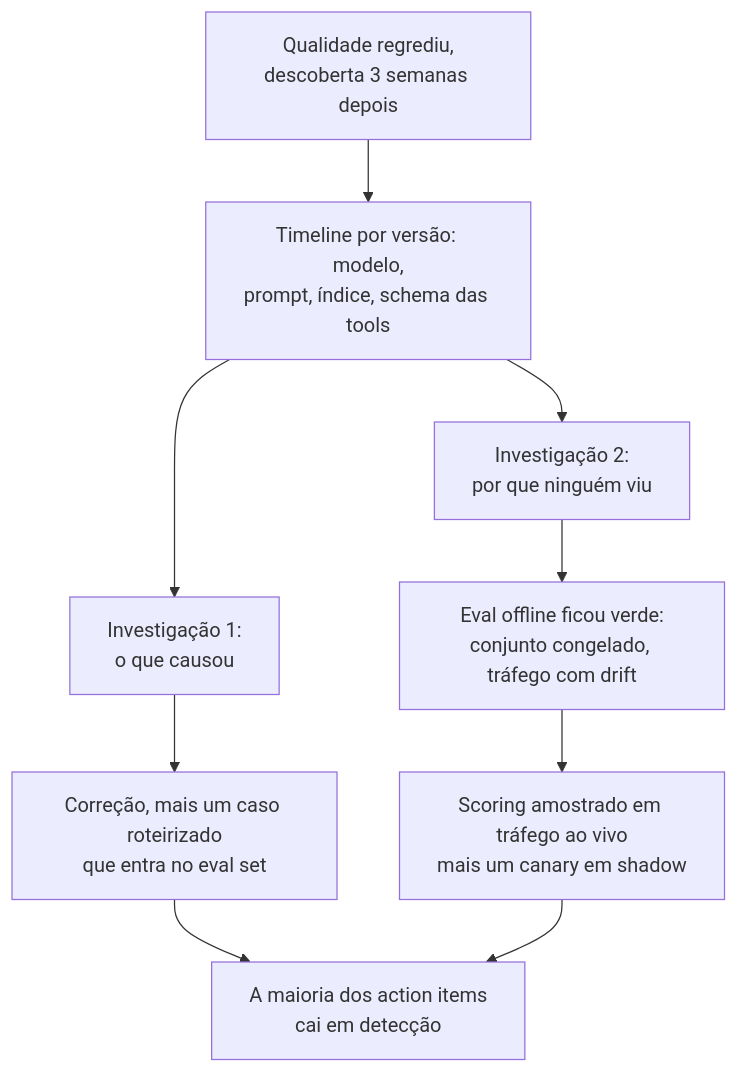
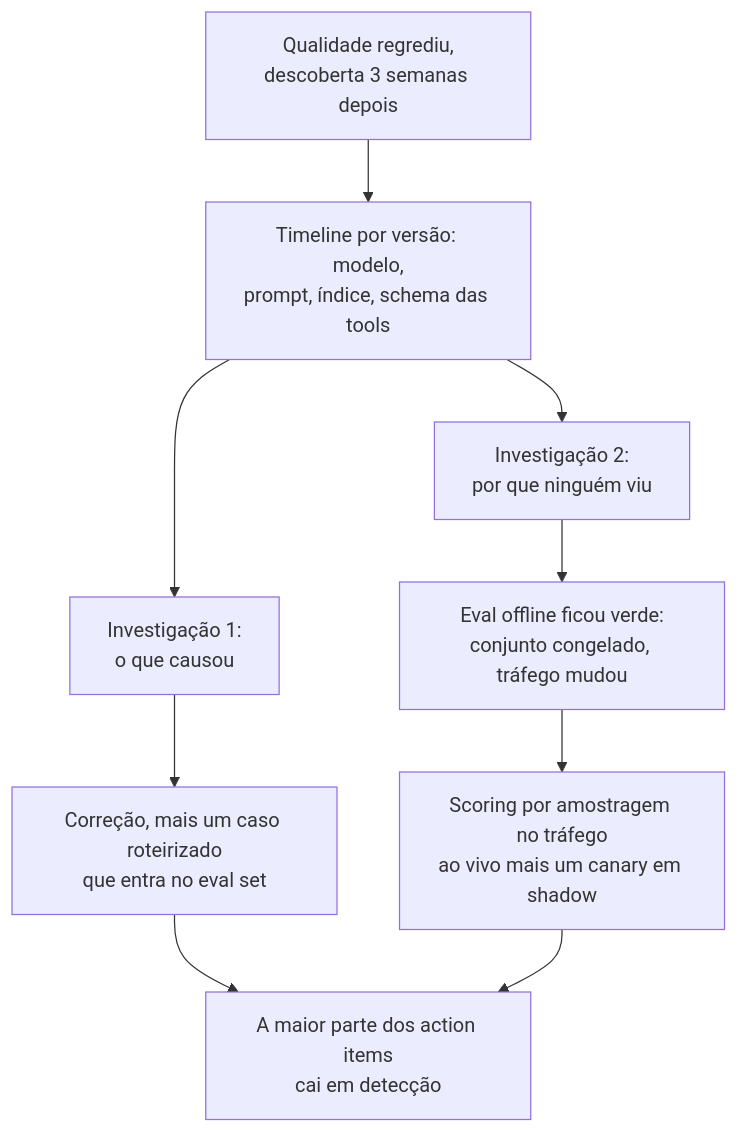
Before and after one commit to andrevberaldo/AI-Engineer-Interview-Questions: diagram 11 of 13 in 13-interview-process-and-behavioral/questions.pt-BR.md, drawn with Mermaid. The commit also changed other lines of this file and 1 other file, not shown here.

````diff
--- a/13-interview-process-and-behavioral/questions.pt-BR.md
+++ b/13-interview-process-and-behavioral/questions.pt-BR.md
@@ -743,11 +743,11 @@
 ```mermaid
 flowchart TD
     A["Qualidade regrediu,<br/>descoberta 3 semanas depois"] --> B["Timeline por versão: modelo,<br/>prompt, índice, schema das tools"]
     B --> C["Investigação 1:<br/>o que causou"]
     B --> D["Investigação 2:<br/>por que ninguém viu"]
     C --> E["Correção, mais um caso roteirizado<br/>que entra no eval set"]
-    D --> F["Eval offline ficou verde:<br/>conjunto congelado, tráfego com drift"]
-    F --> G["Scoring amostrado em tráfego ao vivo<br/>mais um canary em shadow"]
-    E --> H["A maioria dos action items<br/>cai em detecção"]
+    D --> F["Eval offline ficou verde:<br/>conjunto congelado, tráfego mudou"]
+    F --> G["Scoring por amostragem no tráfego<br/>ao vivo mais um canary em shadow"]
+    E --> H["A maior parte dos action items<br/>cai em detecção"]
     G --> H
 ```
````
